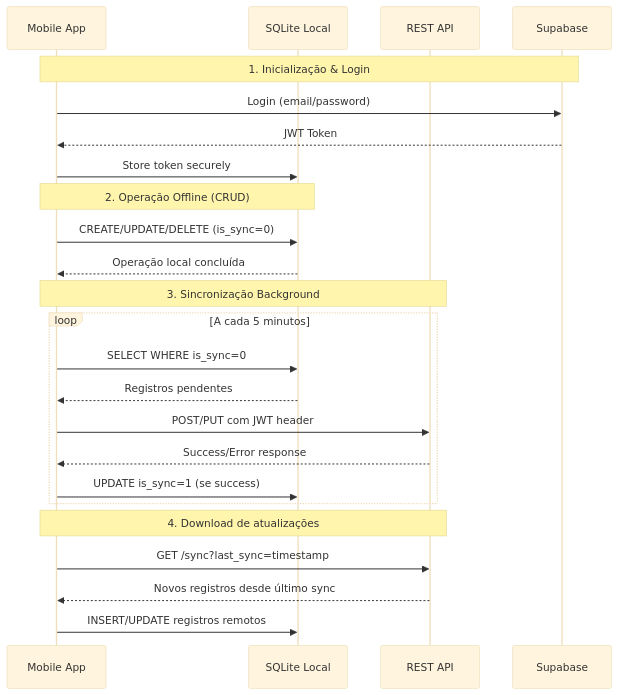
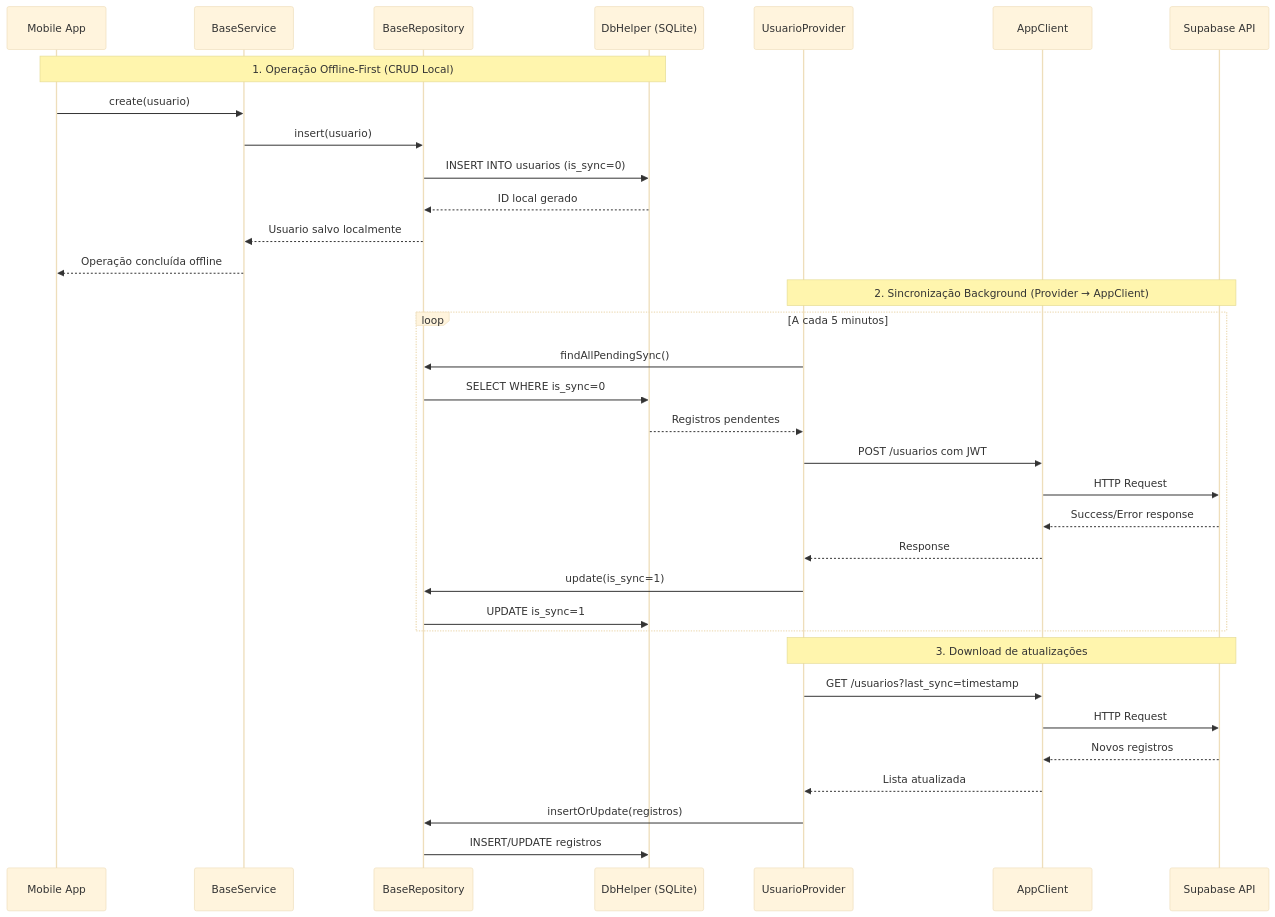
One commit to marquesclayton/ads5-20261-serviceflow changed the second of 2 diagrams in README.md. Above: the diagram before and after it, drawn with Mermaid (base theme). The commit also changed other lines of this file, not shown here.

````diff
--- a/README.md
+++ b/README.md
@@ -635,30 +708,39 @@
 ```mermaid
 sequenceDiagram
     participant App as Mobile App
-    participant SQLite as SQLite Local
-    participant API as REST API
-    participant Supabase as Supabase
+    participant BaseService as BaseService
+    participant BaseRepository as BaseRepository
+    participant DbHelper as DbHelper (SQLite)
+    participant Provider as UsuarioProvider
+    participant AppClient as AppClient
+    participant Supabase as Supabase API
 
-    Note over App, Supabase: 1. Inicialização & Login
-    App->>Supabase: Login (email/password)
-    Supabase-->>App: JWT Token
-    App->>SQLite: Store token securely
+    Note over App, DbHelper: 1. Operação Offline-First (CRUD Local)
+    App->>BaseService: create(usuario)
+    BaseService->>BaseRepository: insert(usuario)
+    BaseRepository->>DbHelper: INSERT INTO usuarios (is_sync=0)
+    DbHelper-->>BaseRepository: ID local gerado
+    BaseRepository-->>BaseService: Usuario salvo localmente
+    BaseService-->>App: Operação concluída offline
     
-    Note over App, SQLite: 2. Operação Offline (CRUD)
-    App->>SQLite: CREATE/UPDATE/DELETE (is_sync=0)
-    SQLite-->>App: Operação local concluída
-    
-    Note over App, API: 3. Sincronização Background
+    Note over Provider, Supabase: 2. Sincronização Background (Provider → AppClient)
     loop A cada 5 minutos
-        App->>SQLite: SELECT WHERE is_sync=0
-        SQLite-->>App: Registros pendentes
-        App->>API: POST/PUT com JWT header
-        API-->>App: Success/Error response
-        App->>SQLite: UPDATE is_sync=1 (se success)
+        Provider->>BaseRepository: findAllPendingSync()
+        BaseRepository->>DbHelper: SELECT WHERE is_sync=0
+        DbHelper-->>Provider: Registros pendentes
+        Provider->>AppClient: POST /usuarios com JWT
+        AppClient->>Supabase: HTTP Request
+        Supabase-->>AppClient: Success/Error response
+        AppClient-->>Provider: Response
+        Provider->>BaseRepository: update(is_sync=1)
+        BaseRepository->>DbHelper: UPDATE is_sync=1
     end
     
-    Note over App, API: 4. Download de atualizações
-    App->>API: GET /sync?last_sync=timestamp
-    API-->>App: Novos registros desde último sync
-    App->>SQLite: INSERT/UPDATE registros remotos
+    Note over Provider, Supabase: 3. Download de atualizações
+    Provider->>AppClient: GET /usuarios?last_sync=timestamp
+    AppClient->>Supabase: HTTP Request  
+    Supabase-->>AppClient: Novos registros
+    AppClient-->>Provider: Lista atualizada
+    Provider->>BaseRepository: insertOrUpdate(registros)
+    BaseRepository->>DbHelper: INSERT/UPDATE registros
 ```	  
````
